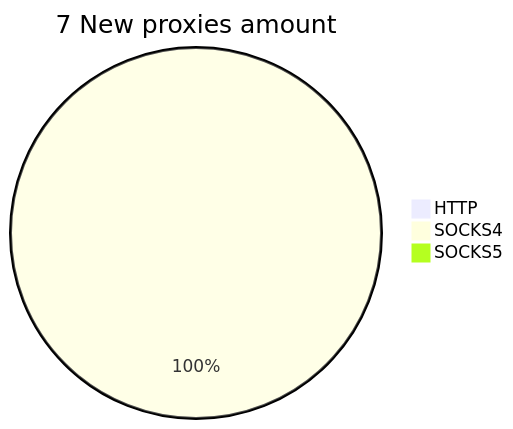
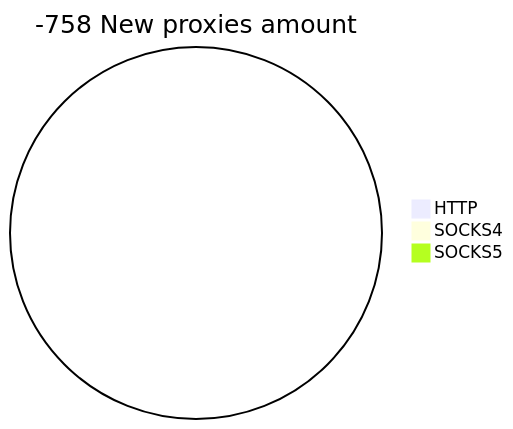
Before and after one commit to cutipu/proxylist: the second of 2 diagrams in README.md, drawn with Mermaid. The commit also changed other lines of this file, not shown here.

````diff
--- a/README.md
+++ b/README.md
@@ -10,6 +10,6 @@
 ```mermaid
-pie title 7 New proxies amount
+pie title -758 New proxies amount
     "HTTP" : 0
-    "SOCKS4" : 7
+    "SOCKS4" : 0
     "SOCKS5" : 0
 ```
````
